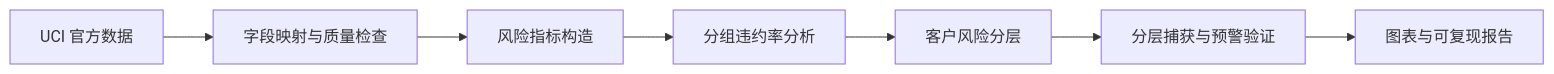
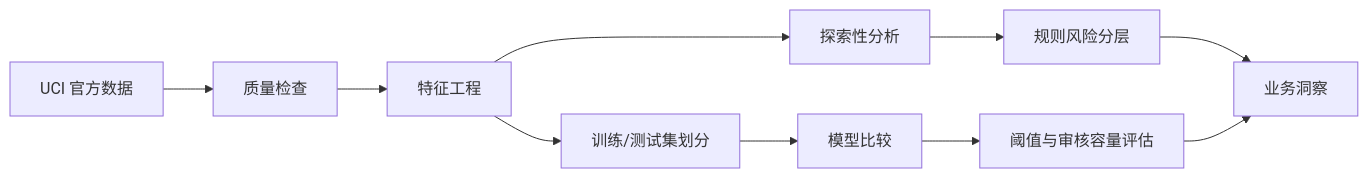
One commit to zzhhmm26/credit-default-risk-analysis changed the diagram in README.md. Above: the diagram before and after it, drawn with Mermaid. The commit also changed other lines of this file and 2 other files, not shown here.

````diff
--- a/README.md
+++ b/README.md
@@ -86,9 +104,12 @@
 ```mermaid
 flowchart LR
-    A[UCI 官方数据] --> B[字段映射与质量检查]
-    B --> C[风险指标构造]
-    C --> D[分组违约率分析]
-    D --> E[客户风险分层]
-    E --> F[分层捕获与预警验证]
-    F --> G[图表与可复现报告]
+    A[UCI 官方数据] --> B[质量检查]
+    B --> C[特征工程]
+    C --> D[探索性分析]
+    D --> E[规则风险分层]
+    C --> F[训练/测试集划分]
+    F --> G[模型比较]
+    G --> H[阈值与审核容量评估]
+    E --> I[业务洞察]
+    H --> I
 ```
````
